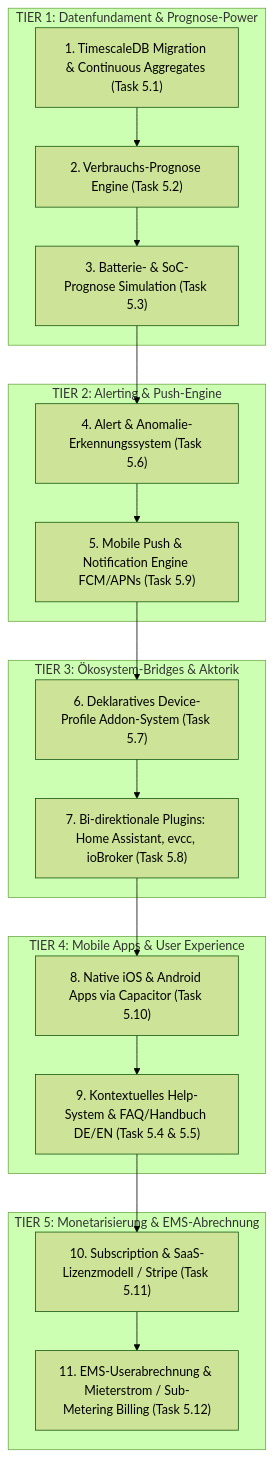
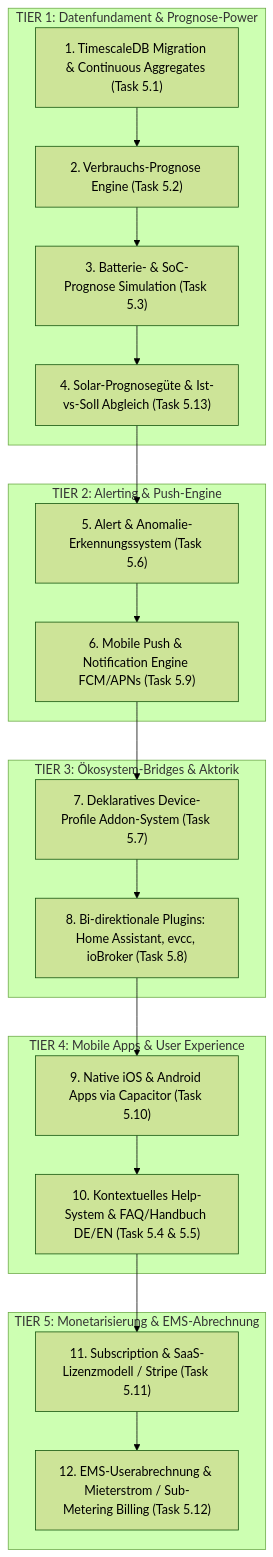
One commit to smartcuc/homeassistant-sharegy changed the diagram in docs/walkthroughs/2026-08-25_execution_priority_matrix.md. Above: the diagram before and after it, drawn with Mermaid (forest theme). The commit also changed other lines of this file and 34 other files, not shown here.

````diff
--- a/docs/walkthroughs/2026-08-25_execution_priority_matrix.md
+++ b/docs/walkthroughs/2026-08-25_execution_priority_matrix.md
@@ -13,39 +13,41 @@
 ```mermaid
 graph TD
     subgraph TIER 1: Datenfundament & Prognose-Power
         T1_1["1. TimescaleDB Migration & Continuous Aggregates (Task 5.1)"]
         T1_2["2. Verbrauchs-Prognose Engine (Task 5.2)"]
         T1_3["3. Batterie- & SoC-Prognose Simulation (Task 5.3)"]
+        T1_4["4. Solar-Prognosegüte & Ist-vs-Soll Abgleich (Task 5.13)"]
     end
 
     subgraph TIER 2: Alerting & Push-Engine
-        T2_1["4. Alert & Anomalie-Erkennungssystem (Task 5.6)"]
-        T2_2["5. Mobile Push & Notification Engine FCM/APNs (Task 5.9)"]
+        T2_1["5. Alert & Anomalie-Erkennungssystem (Task 5.6)"]
+        T2_2["6. Mobile Push & Notification Engine FCM/APNs (Task 5.9)"]
     end
 
     subgraph TIER 3: Ökosystem-Bridges & Aktorik
-        T3_1["6. Deklaratives Device-Profile Addon-System (Task 5.7)"]
-        T3_2["7. Bi-direktionale Plugins: Home Assistant, evcc, ioBroker (Task 5.8)"]
+        T3_1["7. Deklaratives Device-Profile Addon-System (Task 5.7)"]
+        T3_2["8. Bi-direktionale Plugins: Home Assistant, evcc, ioBroker (Task 5.8)"]
     end
 
     subgraph TIER 4: Mobile Apps & User Experience
-        T4_1["8. Native iOS & Android Apps via Capacitor (Task 5.10)"]
-        T4_2["9. Kontextuelles Help-System & FAQ/Handbuch DE/EN (Task 5.4 & 5.5)"]
+        T4_1["9. Native iOS & Android Apps via Capacitor (Task 5.10)"]
+        T4_2["10. Kontextuelles Help-System & FAQ/Handbuch DE/EN (Task 5.4 & 5.5)"]
     end
 
     subgraph TIER 5: Monetarisierung & EMS-Abrechnung
-        T5_1["10. Subscription & SaaS-Lizenzmodell / Stripe (Task 5.11)"]
-        T5_2["11. EMS-Userabrechnung & Mieterstrom / Sub-Metering Billing (Task 5.12)"]
+        T5_1["11. Subscription & SaaS-Lizenzmodell / Stripe (Task 5.11)"]
+        T5_2["12. EMS-Userabrechnung & Mieterstrom / Sub-Metering Billing (Task 5.12)"]
     end
 
     T1_1 --> T1_2
     T1_2 --> T1_3
-    T1_3 --> T2_1
+    T1_3 --> T1_4
+    T1_4 --> T2_1
     T2_1 --> T2_2
     T2_2 --> T3_1
     T3_1 --> T3_2
     T3_2 --> T4_1
     T4_1 --> T4_2
     T4_2 --> T5_1
     T5_1 --> T5_2
 ```
````
